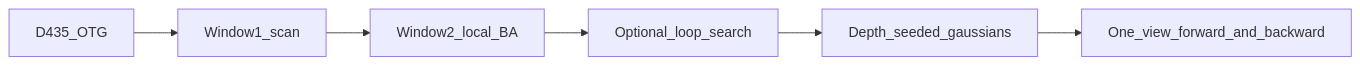
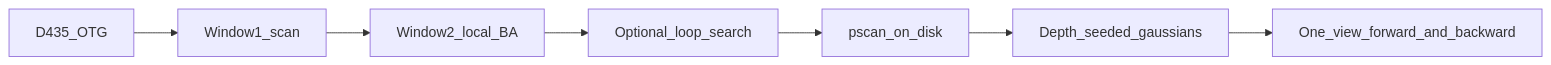
One commit to DistinctVision/pocket-scanner changed the diagram in docs/plan.md. Above: the diagram before and after it, drawn with Mermaid. The commit also changed other lines of this file, not shown here.

````diff
--- a/docs/plan.md
+++ b/docs/plan.md
@@ -39,10 +73,11 @@
 ```mermaid
 flowchart LR
   d435[D435_OTG]
   scan[Window1_scan]
   ba[Window2_local_BA]
   loops[Optional_loop_search]
+  pack[pscan_on_disk]
   seed[Depth_seeded_gaussians]
   train[One_view_forward_and_backward]
-  d435 --> scan --> ba --> loops --> seed --> train
+  d435 --> scan --> ba --> loops --> pack --> seed --> train
 ```
````
